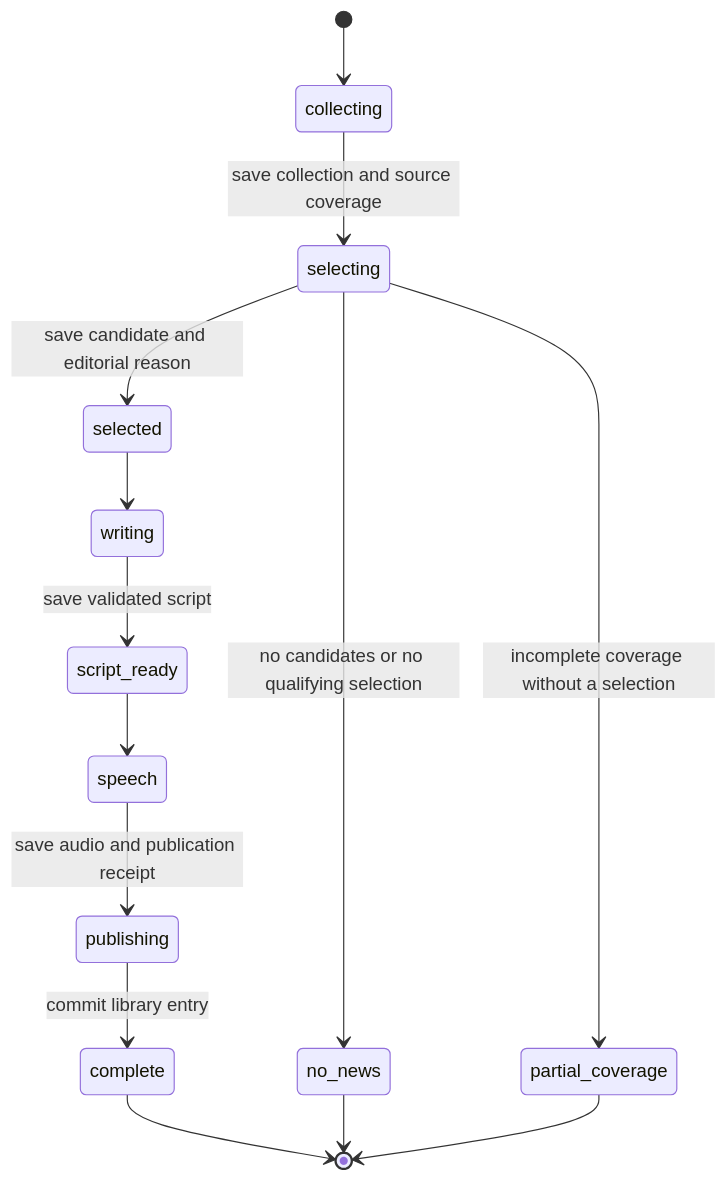
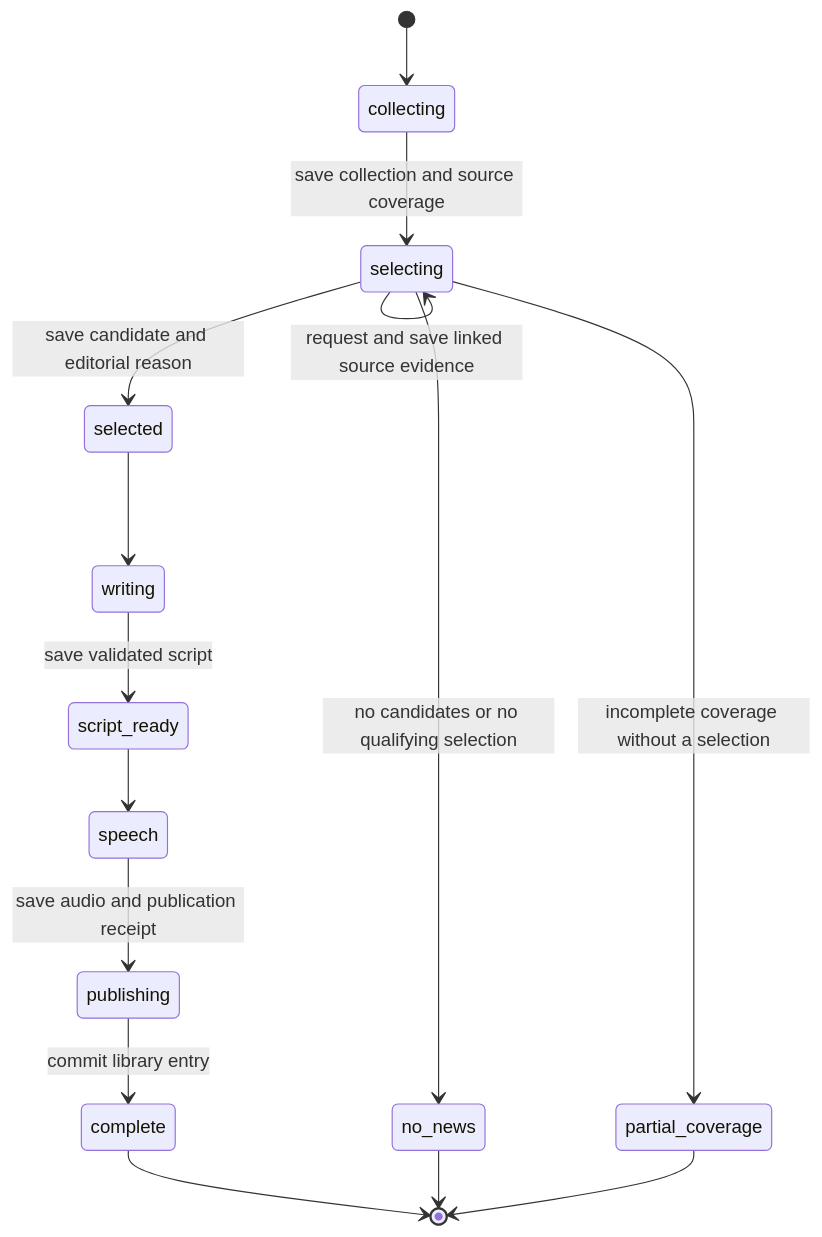
Before and after one commit to wapgear/onmywave.fm: the diagram in docs/verification/news-editorial-pipeline/README.md, drawn with Mermaid. The commit also changed other lines of this file and 12 other files, not shown here.

````diff
--- a/docs/verification/news-editorial-pipeline/README.md
+++ b/docs/verification/news-editorial-pipeline/README.md
@@ -9,16 +21,17 @@
 ```mermaid
 stateDiagram-v2
     [*] --> collecting
     collecting --> selecting: save collection and source coverage
+    selecting --> selecting: request and save linked source evidence
     selecting --> selected: save candidate and editorial reason
     selecting --> no_news: no candidates or no qualifying selection
     selecting --> partial_coverage: incomplete coverage without a selection
     selected --> writing
     writing --> script_ready: save validated script
     script_ready --> speech
     speech --> publishing: save audio and publication receipt
     publishing --> complete: commit library entry
     complete --> [*]
     no_news --> [*]
     partial_coverage --> [*]
 ```
````
